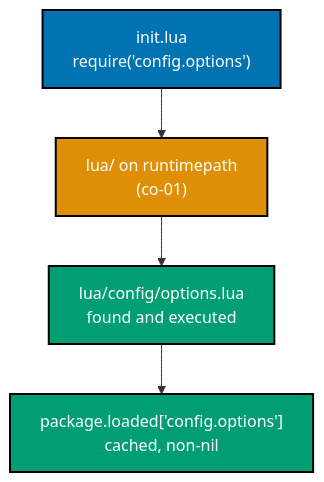
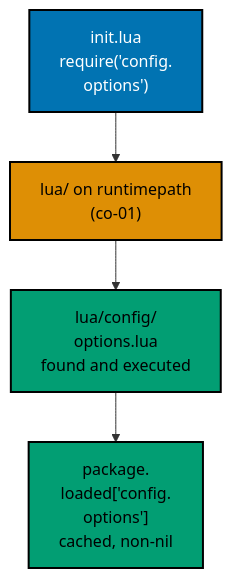
Before and after one commit to wahidyankf/ose-public: the fifth of 7 diagrams in apps/ayokoding-www/content/en/learn/courses/extending-neovim/learning/beginner.md, drawn with Mermaid. The commit also changed other lines of this file and 144 other files, not shown here.

First line of the commit message:
fix(mermaid): bring the first half of the courses diagrams onto the accessible palette

````diff
--- a/apps/ayokoding-www/content/en/learn/courses/extending-neovim/learning/beginner.md
+++ b/apps/ayokoding-www/content/en/learn/courses/extending-neovim/learning/beginner.md
@@ -648,13 +660,16 @@
 ```mermaid
 %% Color Palette: Blue #0173B2, Orange #DE8F05, Teal #029E73
 flowchart TD
-    A["init.lua<br/>require#40;'config.options'#41;"]:::blue
+    accTitle: Example 20: Split Config into a Module
+    accDescr: Flowchart with 4 nodes and 3 connections. Nodes: init.lua require40config. options41, lua/ on runtimepath (co-01), lua/config/ options.lua found and executed, package. loaded91config. options93 cached, non-nil. Connections: init.lua require40config. options41 to lua/ on runtimepath (co-01), lua/ on runtimepath (co-01) to lua/config/ options.lua found and executed, lua/config/ options.lua found and executed to package. loaded91config. options93 cached, non-nil.
+    A["init.lua<br/>require#40;'config.<br/>options'#41;"]:::blue
     B["lua/ on runtimepath<br/>(co-01)"]:::orange
-    C["lua/config/options.lua<br/>found and executed"]:::teal
-    D["package.loaded#91;'config.options'#93;<br/>cached, non-nil"]:::teal
+    C["lua/config/<br/>options.lua<br/>found and executed"]:::teal
+    D["package.<br/>loaded#91;'config.<br/>options'#93;<br/>cached, non-nil"]:::teal
     A --> B --> C --> D
 
     classDef blue fill:#0173B2,stroke:#000000,color:#FFFFFF,stroke-width:2px
-    classDef orange fill:#DE8F05,stroke:#000000,color:#FFFFFF,stroke-width:2px
-    classDef teal fill:#029E73,stroke:#000000,color:#FFFFFF,stroke-width:2px
+    classDef orange fill:#DE8F05,stroke:#000000,color:#000000,stroke-width:2px
+    classDef teal fill:#029E73,stroke:#000000,color:#000000,stroke-width:2px
+    classDef default fill:#FFFFFF,stroke:#000000,color:#000000
 ```
````
